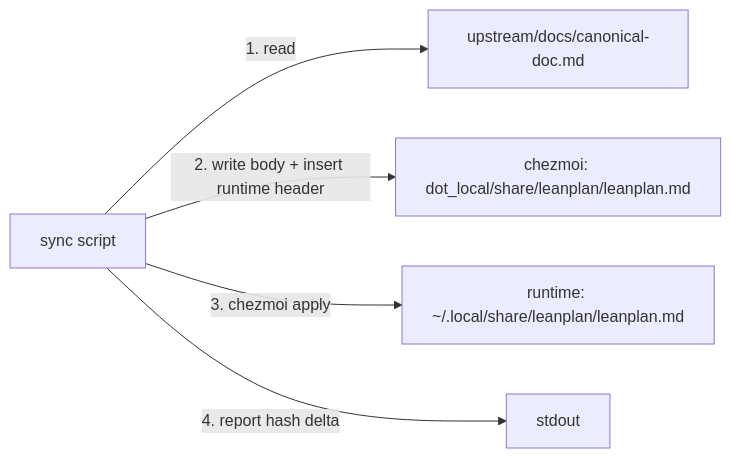
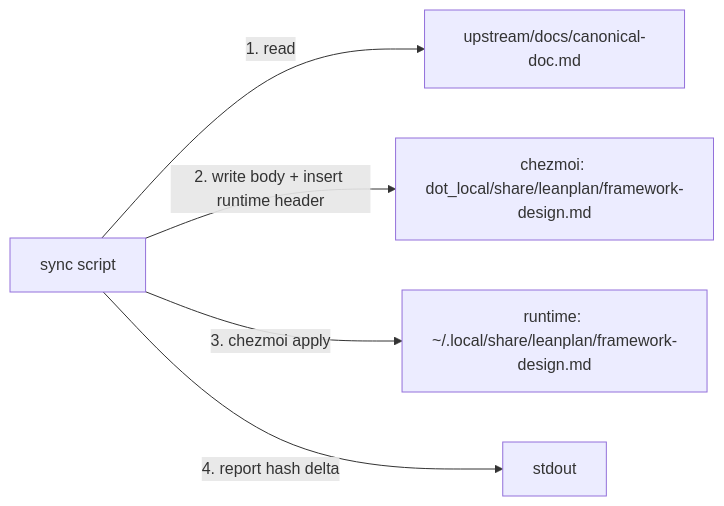
Before and after one commit to mynghn/leanplan: the diagram in fixtures/valid/design.md, drawn with Mermaid. The commit also changed other lines of this file and 23 other files, not shown here.

First line of the commit message:
docs: rename leanplan.md -> framework-design.md; update all references

````diff
--- a/fixtures/valid/design.md
+++ b/fixtures/valid/design.md
@@ -7,12 +7,12 @@
 ```mermaid
 flowchart LR
     SRC[upstream/docs/canonical-doc.md]
-    CHZ[chezmoi: dot_local/share/leanplan/leanplan.md]
-    RUN[runtime: ~/.local/share/leanplan/leanplan.md]
+    CHZ[chezmoi: dot_local/share/leanplan/framework-design.md]
+    RUN[runtime: ~/.local/share/leanplan/framework-design.md]
     SH[sync script]
 
     SH -->|1. read| SRC
     SH -->|2. write body + insert runtime header| CHZ
     SH -->|3. chezmoi apply| RUN
     SH -->|4. report hash delta| OUT[stdout]
 ```
````
